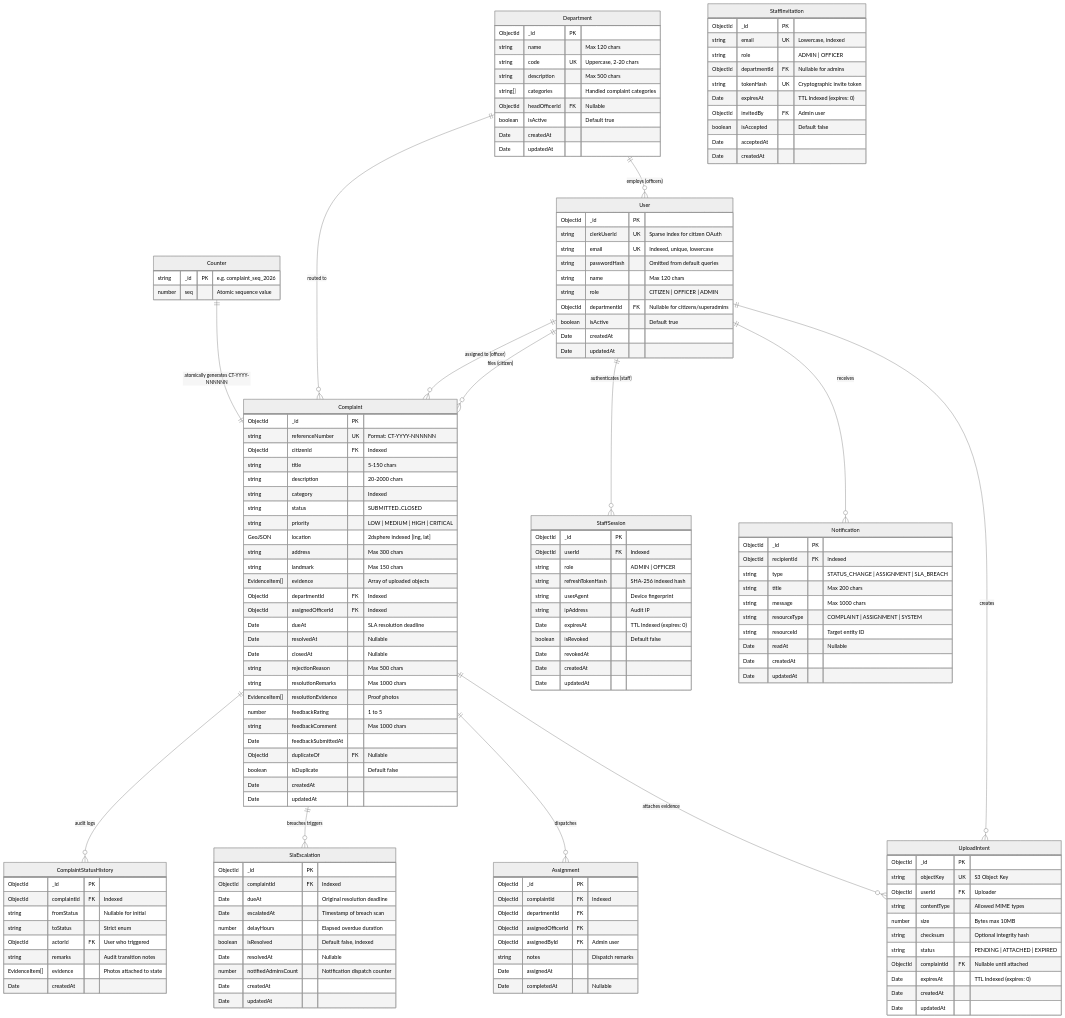
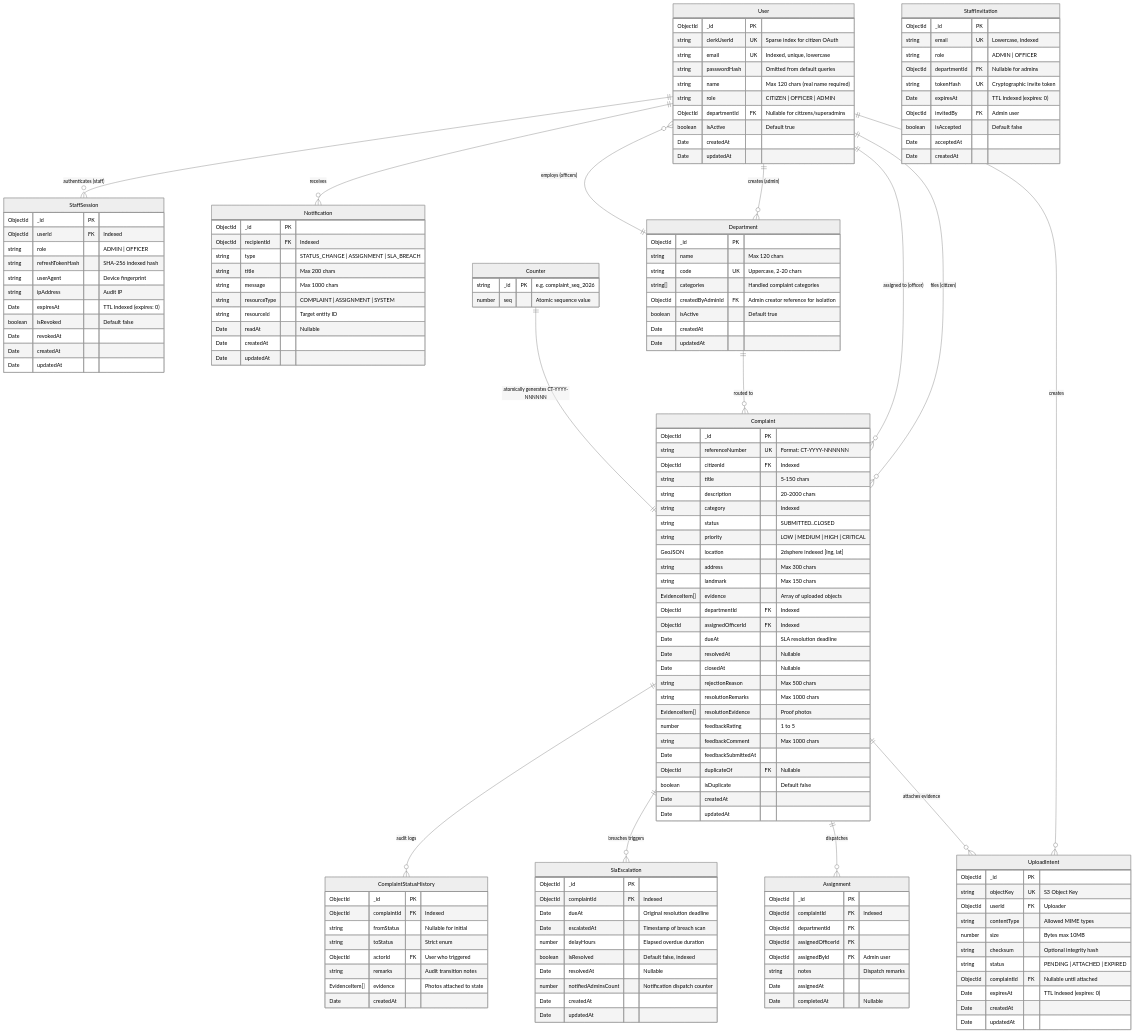
One commit to alokprasad573/CivicTrack changed the diagram in docs/DATABASE_STUCTURE.md. Above: the diagram before and after it, drawn with Mermaid (neutral theme). The commit also changed other lines of this file and 47 other files, not shown here.

```diff
--- a/docs/DATABASE_STUCTURE.md
+++ b/docs/DATABASE_STUCTURE.md
@@ -13,6 +13,7 @@
     User ||--o{ StaffSession : "authenticates (staff)"
     User ||--o{ Notification : "receives"
     User ||--o{ UploadIntent : "creates"
+    User ||--o{ Department : "creates (admin)"
     Department ||--o{ User : "employs (officers)"
     Department ||--o{ Complaint : "routed to"
     Complaint ||--o{ ComplaintStatusHistory : "audit logs"
@@ -26,7 +27,7 @@
         string clerkUserId UK "Sparse index for citizen OAuth"
         string email UK "Indexed, unique, lowercase"
         string passwordHash "Omitted from default queries"
-        string name "Max 120 chars"
+        string name "Max 120 chars (real name required)"
         string role "CITIZEN | OFFICER | ADMIN"
         ObjectId departmentId FK "Nullable for citizens/superadmins"
         boolean isActive "Default true"
@@ -38,9 +39,8 @@
         ObjectId _id PK
         string name "Max 120 chars"
         string code UK "Uppercase, 2-20 chars"
-        string description "Max 500 chars"
         string[] categories "Handled complaint categories"
-        ObjectId headOfficerId FK "Nullable"
+        ObjectId createdByAdminId FK "Admin creator reference for isolation"
         boolean isActive "Default true"
         Date createdAt
         Date updatedAt
```
